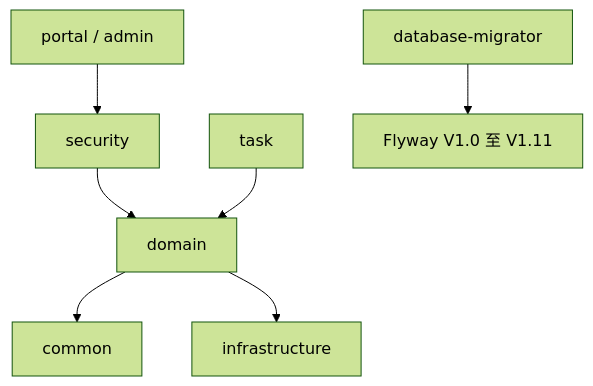
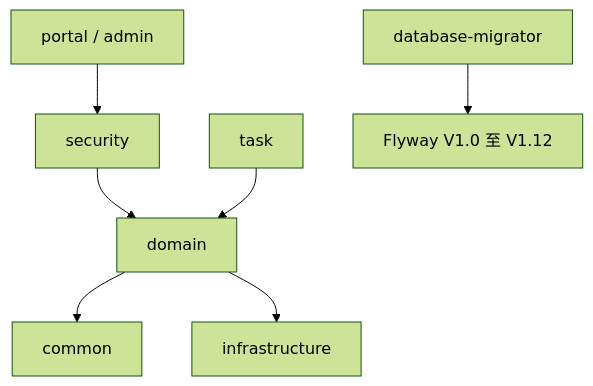
Before and after one commit to LBBZ/hotShop: the second of 5 diagrams in docs/architecture/current-state.md, drawn with Mermaid (forest theme). The commit also changed 87 other files, not shown here.

````diff
--- a/docs/architecture/current-state.md
+++ b/docs/architecture/current-state.md
@@ -53,9 +53,9 @@
 ```mermaid
 flowchart TD
     P["portal / admin"] --> S["security"]
     S --> D["domain"]
     T["task"] --> D
     D --> C["common"]
     D --> I["infrastructure"]
-    MIG["database-migrator"] --> SQL["Flyway V1.0 至 V1.11"]
+    MIG["database-migrator"] --> SQL["Flyway V1.0 至 V1.12"]
 ```
````
